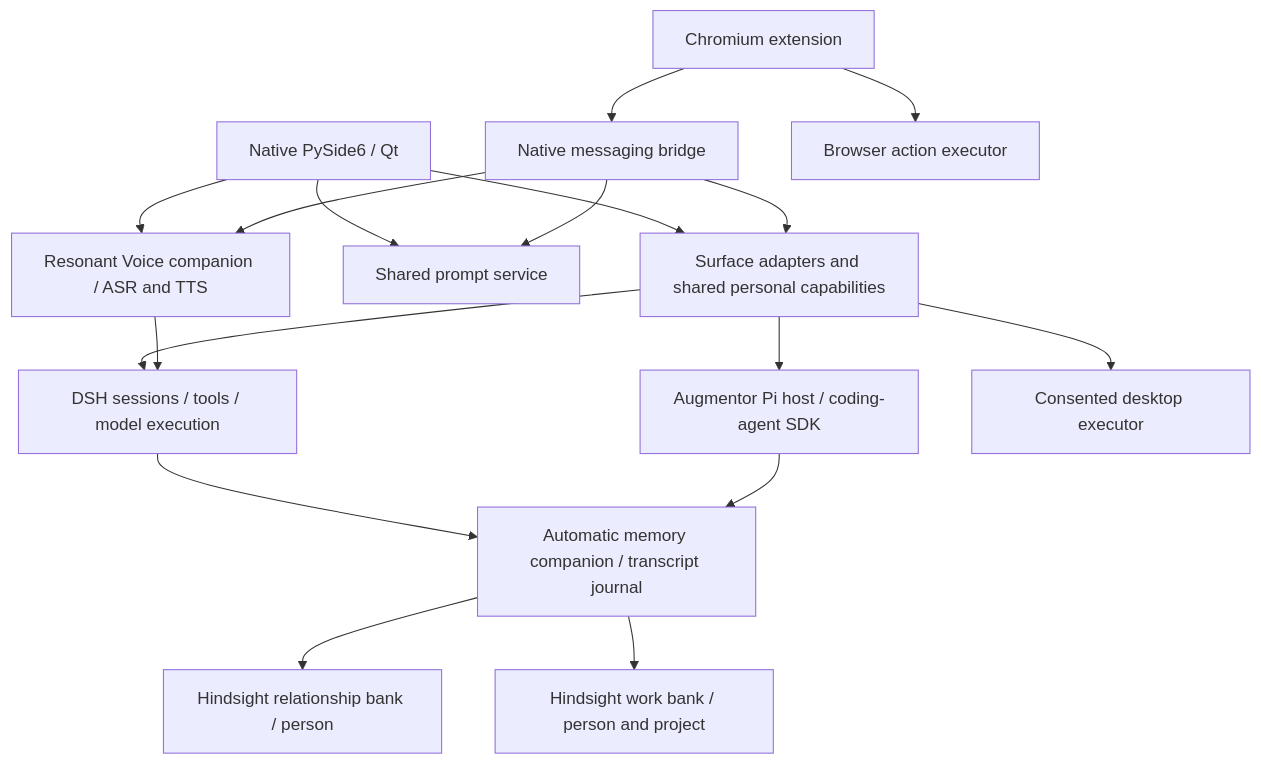
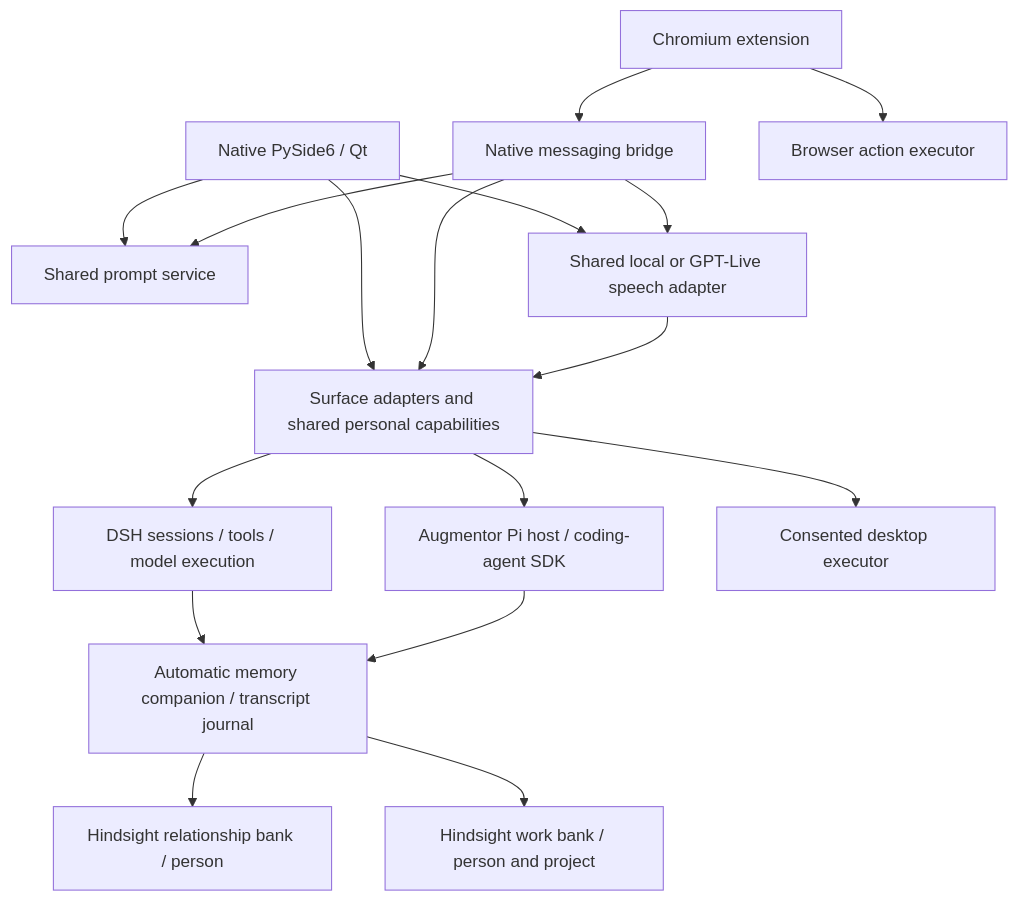
Before and after one commit to ManoloRemiddi/augmentor-agent: the diagram in docs/ARCHITECTURE.md, drawn with Mermaid. The commit also changed other lines of this file and 40 other files, not shown here.

Commit message:
Add configurable local and GPT-Live voice providers

````diff
--- a/docs/ARCHITECTURE.md
+++ b/docs/ARCHITECTURE.md
@@ -46,19 +46,19 @@
 ```mermaid
 flowchart TD
     Native[Native PySide6 / Qt] --> Adapters[Surface adapters and shared personal capabilities]
     Browser[Chromium extension] --> Bridge[Native messaging bridge]
     Bridge --> Adapters
     Adapters --> DSH[DSH sessions / tools / model execution]
     Adapters --> Pi[Augmentor Pi host / coding-agent SDK]
     Native --> Prompts[Shared prompt service]
     Bridge --> Prompts
     DSH --> Memory[Automatic memory companion / transcript journal]
     Pi --> Memory
     Memory --> Relationship[Hindsight relationship bank / person]
     Memory --> Project[Hindsight work bank / person and project]
-    Native --> Voice[Resonant Voice companion / ASR and TTS]
+    Native --> Voice[Shared local or GPT-Live speech adapter]
     Bridge --> Voice
-    Voice --> DSH
+    Voice --> Adapters
     Adapters --> Desktop[Consented desktop executor]
     Browser --> Executor[Browser action executor]
 ```
````
